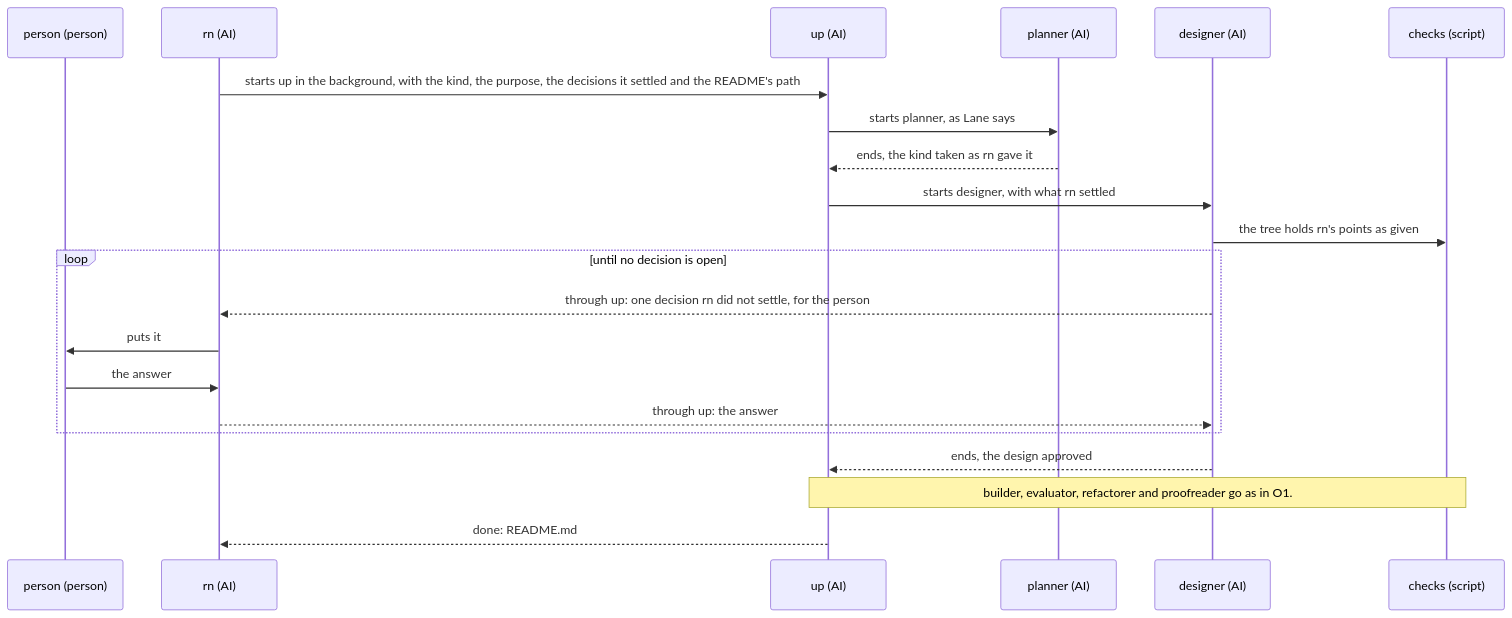
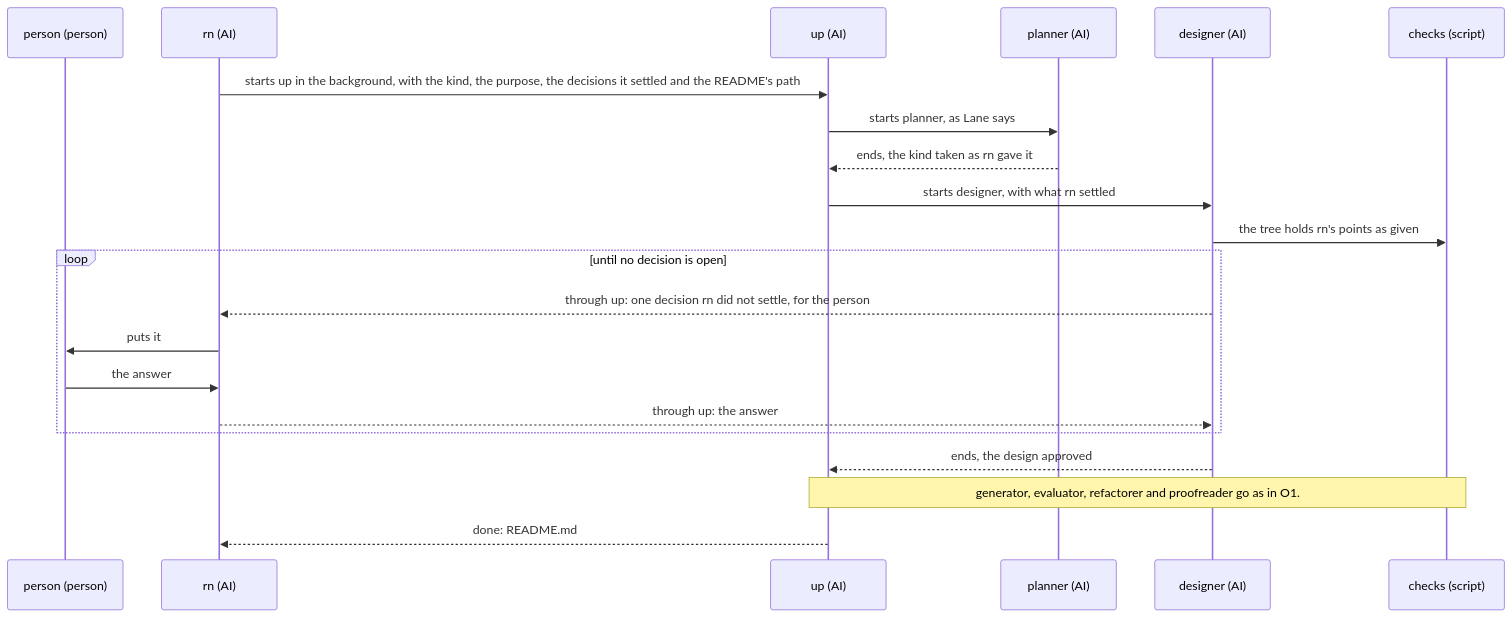
One commit to lovaizu/ccpm changed the third of 3 diagrams in dev/turn/ux.md. Above: the diagram before and after it, drawn with Mermaid. The commit also changed other lines of this file and 45 other files, not shown here.

First line of the commit message:
turn: the role that makes the work from the design is generator, paired with evaluator as Anthropic's harness design names them, its result generated; whoever develops a plugin or a product is a developer, so builder no longer means two things

````diff
--- a/dev/turn/ux.md
+++ b/dev/turn/ux.md
@@ -164,23 +164,23 @@
 ```mermaid
 sequenceDiagram
   participant P as person (person)
   participant N as rn (AI)
   participant U as up (AI)
   participant PL as planner (AI)
   participant D as designer (AI)
   participant C as checks (script)
   N->>U: starts up in the background, with the kind, the purpose, the decisions it settled and the README's path
   U->>PL: starts planner, as Lane says
   PL-->>U: ends, the kind taken as rn gave it
   U->>D: starts designer, with what rn settled
   D->>C: the tree holds rn's points as given
   loop until no decision is open
     D-->>N: through up: one decision rn did not settle, for the person
     N->>P: puts it
     P->>N: the answer
     N-->>D: through up: the answer
   end
   D-->>U: ends, the design approved
-  Note over U,C: builder, evaluator, refactorer and proofreader go as in O1.
+  Note over U,C: generator, evaluator, refactorer and proofreader go as in O1.
   U-->>N: done: README.md
 ```
````
